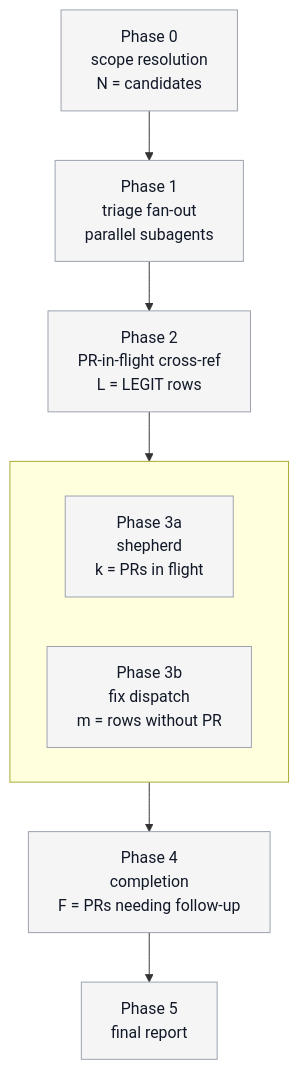
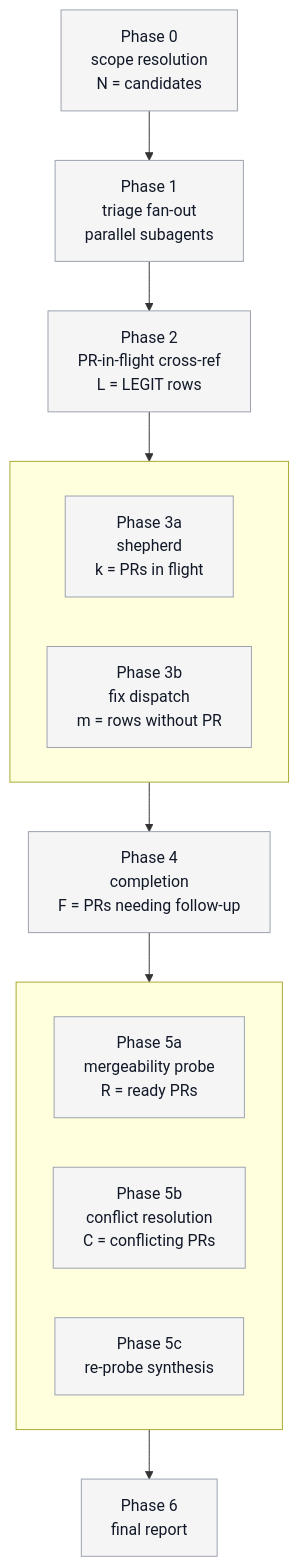
Before and after one commit to microsoft/apm: the diagram in packages/batch-bug-shepherd/.apm/skills/batch-bug-shepherd/assets/progress-diagram.md, drawn with Mermaid. The commit also changed other lines of this file and 9 other files, not shown here.

````diff
--- a/packages/batch-bug-shepherd/.apm/skills/batch-bug-shepherd/assets/progress-diagram.md
+++ b/packages/batch-bug-shepherd/.apm/skills/batch-bug-shepherd/assets/progress-diagram.md
@@ -46,23 +46,31 @@
 ```mermaid
 flowchart TB
     P0["Phase 0<br/>scope resolution<br/>N = <N> candidates"]:::pending
     P1["Phase 1<br/>triage fan-out<br/><N> parallel subagents"]:::pending
     P2["Phase 2<br/>PR-in-flight cross-ref<br/>L = <L> LEGIT rows"]:::pending
 
     subgraph WAVE2[" "]
         direction LR
         P3a["Phase 3a<br/>shepherd<br/>k = <k> PRs in flight"]:::pending
         P3b["Phase 3b<br/>fix dispatch<br/>m = <m> rows without PR"]:::pending
     end
 
     P4["Phase 4<br/>completion<br/>F = <F> PRs needing follow-up"]:::pending
-    P5["Phase 5<br/>final report"]:::pending
 
-    P0 --> P1 --> P2 --> WAVE2 --> P4 --> P5
+    subgraph WAVE4[" "]
+        direction LR
+        P5a["Phase 5a<br/>mergeability probe<br/>R = <R> ready PRs"]:::pending
+        P5b["Phase 5b<br/>conflict resolution<br/>C = <C> conflicting PRs"]:::pending
+        P5c["Phase 5c<br/>re-probe synthesis"]:::pending
+    end
+
+    P6["Phase 6<br/>final report"]:::pending
+
+    P0 --> P1 --> P2 --> WAVE2 --> P4 --> WAVE4 --> P6
 
     classDef pending fill:#f5f5f5,stroke:#9ca3af,stroke-width:1px,color:#111827
     classDef active  fill:#dbeafe,stroke:#2563eb,stroke-width:3px,color:#0c4a6e
     classDef done    fill:#dcfce7,stroke:#16a34a,stroke-width:1px,color:#14532d
     classDef blocked fill:#fef3c7,stroke:#d97706,stroke-width:2px,color:#78350f
     classDef skipped fill:#f3f4f6,stroke:#6b7280,stroke-width:1px,stroke-dasharray:4 2,color:#374151
 ```
````
